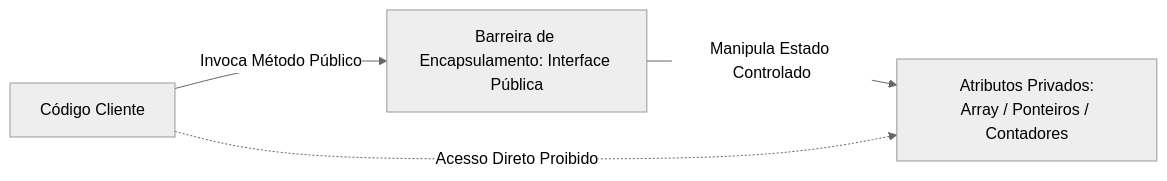
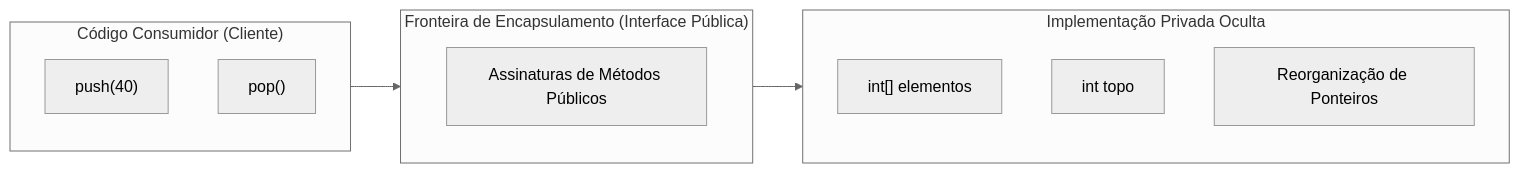
One commit to murilolol/unifef changed the seventh of 27 diagrams in 4º Semestre/[Prof. Wesley Soares] Estrutura de Dados I/Resumos-IA/Caderno-Consolidado.md. Above: the diagram before and after it, drawn with Mermaid (neutral theme). The commit also changed other lines of this file and 40 other files, not shown here.

````diff
--- a/4º Semestre/[Prof. Wesley Soares] Estrutura de Dados I/Resumos-IA/Caderno-Consolidado.md
+++ b/4º Semestre/[Prof. Wesley Soares] Estrutura de Dados I/Resumos-IA/Caderno-Consolidado.md
@@ -301,6 +369,20 @@
 ```mermaid
 flowchart LR
-    Cliente["Código Cliente"] -->|Invoca Método Público| Interface["Barreira de Encapsulamento: Interface Pública"]
-    Interface -->|Manipula Estado Controlado| Memoria["Atributos Privados:<br>Array / Ponteiros / Contadores"]
-    Cliente -.->|Acesso Direto Proibido| Memoria
+    subgraph Cliente["Código Consumidor (Cliente)"]
+        Call1["push(40)"]
+        Call2["pop()"]
+    end
+    
+    subgraph Barreira["Fronteira de Encapsulamento (Interface Pública)"]
+        Int["Assinaturas de Métodos Públicos"]
+    end
+    
+    subgraph Interno["Implementação Privada Oculta"]
+        State1["int[] elementos"]
+        State2["int topo"]
+        State3["Reorganização de Ponteiros"]
+    end
+    
+    Cliente --> Barreira
+    Barreira --> Interno
 ```
````
